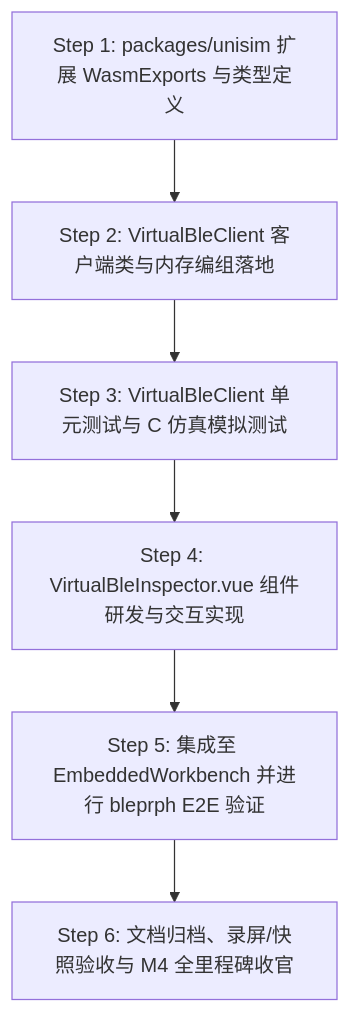
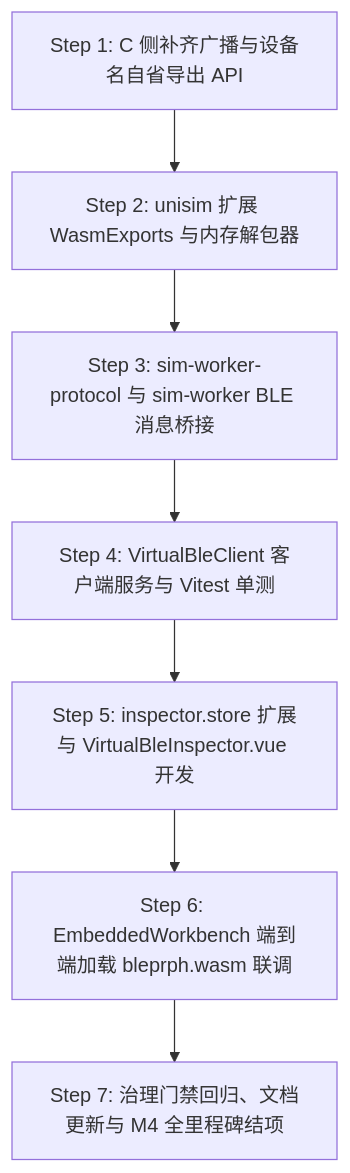
One commit to wink-cloud-hub/wink-ai-embedded changed the second of 2 diagrams in docs/implementation-plans/esp32/2026-09-27-esp-idf-sim-m4-4-unisim-ble-inspector-plan.md. Above: the diagram before and after it, drawn with Mermaid. The commit also changed other lines of this file, not shown here.

Commit message:
docs(esp_idf): refine M4-4 plan to v1.1 with struct layout and worker protocol

````diff
--- a/docs/implementation-plans/esp32/2026-09-27-esp-idf-sim-m4-4-unisim-ble-inspector-plan.md
+++ b/docs/implementation-plans/esp32/2026-09-27-esp-idf-sim-m4-4-unisim-ble-inspector-plan.md
@@ -299,15 +401,17 @@
 ```mermaid
 graph TD
-    Step1[Step 1: packages/unisim 扩展 WasmExports 与类型定义]
-    Step2[Step 2: VirtualBleClient 客户端类与内存编组落地]
-    Step3[Step 3: VirtualBleClient 单元测试与 C 仿真模拟测试]
-    Step4[Step 4: VirtualBleInspector.vue 组件研发与交互实现]
-    Step5[Step 5: 集成至 EmbeddedWorkbench 并进行 bleprph E2E 验证]
-    Step6[Step 6: 文档归档、录屏/快照验收与 M4 全里程碑收官]
+    Step1[Step 1: C 侧补齐广播与设备名自省导出 API]
+    Step2[Step 2: unisim 扩展 WasmExports 与内存解包器]
+    Step3[Step 3: sim-worker-protocol 与 sim-worker BLE 消息桥接]
+    Step4[Step 4: VirtualBleClient 客户端服务与 Vitest 单测]
+    Step5[Step 5: inspector.store 扩展与 VirtualBleInspector.vue 开发]
+    Step6[Step 6: EmbeddedWorkbench 端到端加载 bleprph.wasm 联调]
+    Step7[Step 7: 治理门禁回归、文档更新与 M4 全里程碑结项]
 
     Step1 --> Step2
     Step2 --> Step3
     Step3 --> Step4
     Step4 --> Step5
     Step5 --> Step6
+    Step6 --> Step7
 ```
````
